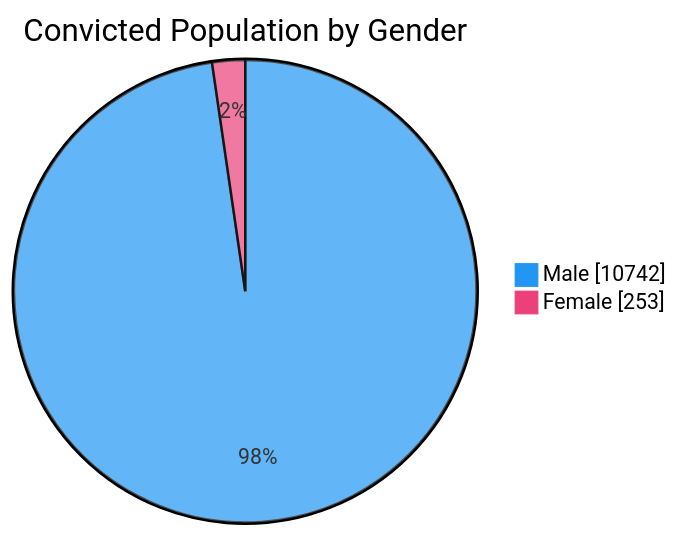
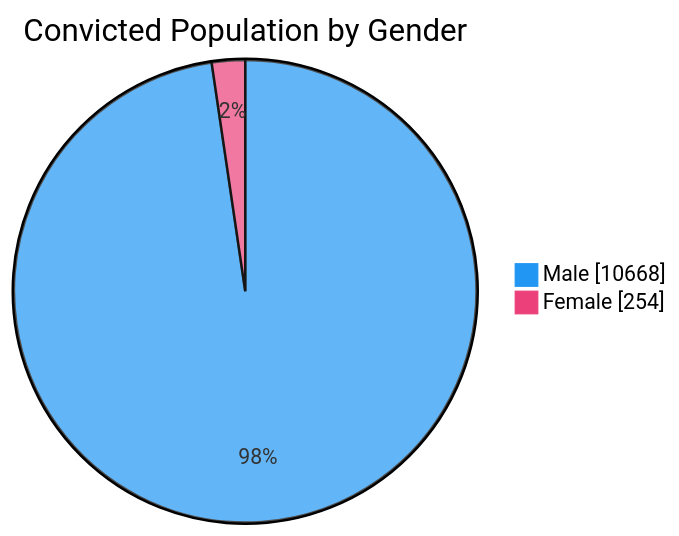
The third of 7 diagrams in README.md (nuuuwan/lk_prisons), drawn with Mermaid before and after one commit. The commit also changed other lines of this file and 1 other file, not shown here.

````diff
--- a/README.md
+++ b/README.md
@@ -65,6 +65,6 @@
 ```mermaid
 %%{init: {'themeVariables': {'pie1': '#2196F3', 'pie2': '#EC407A'}}}%%
 pie showData title Convicted Population by Gender
-    "Male" : 10742
-    "Female" : 253
+    "Male" : 10668
+    "Female" : 254
 ```
````
